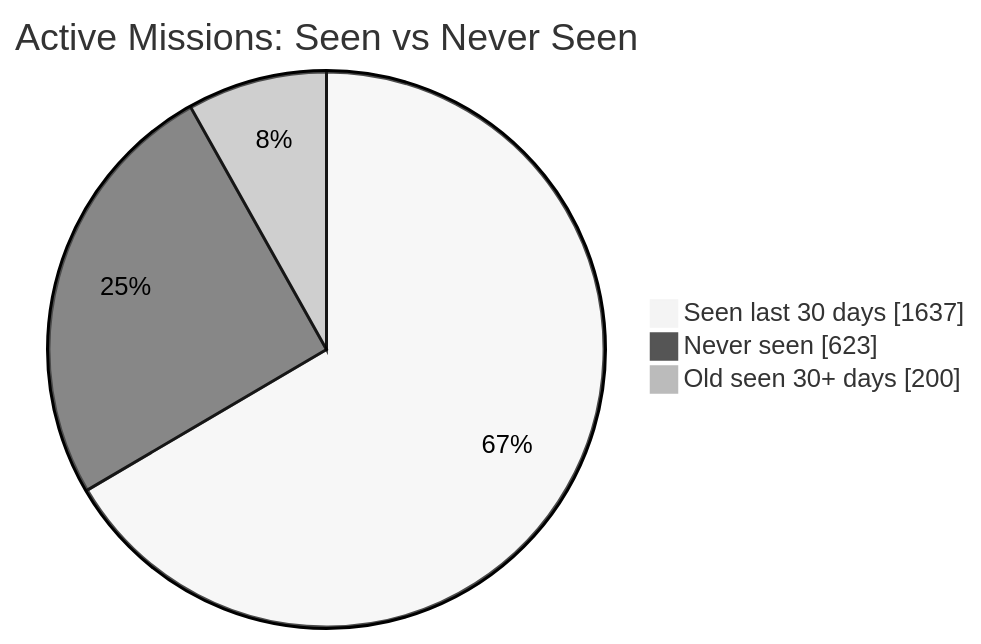
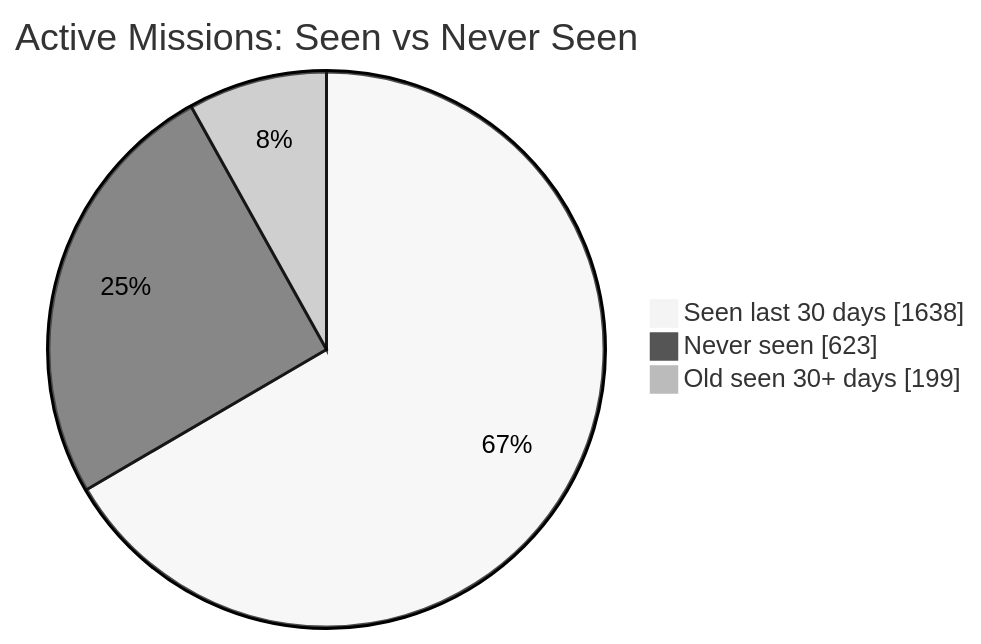
One commit to MeldkamerspelGameTeam/active-missions changed the first of 2 diagrams in README.md. Above: the diagram before and after it, drawn with Mermaid (neutral theme). The commit also changed other lines of this file and 2 other files, not shown here.

````diff
--- a/README.md
+++ b/README.md
@@ -34,7 +34,7 @@
 ```mermaid
 pie showData
     title Active Missions: Seen vs Never Seen
-    "Seen last 30 days" : 1637
+    "Seen last 30 days" : 1638
     "Never seen" : 623
-    "Old seen 30+ days" : 200
+    "Old seen 30+ days" : 199
 ```
````
